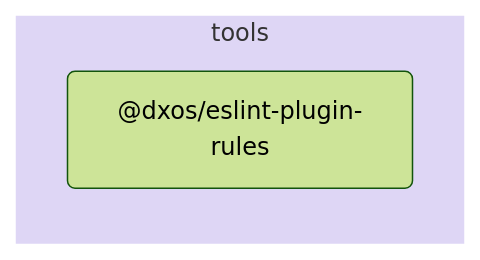
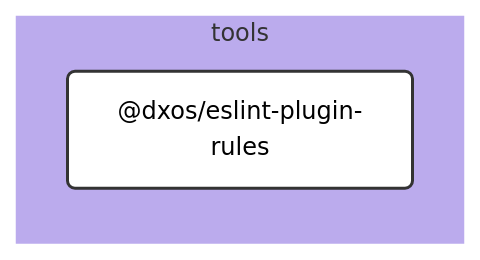
The diagram in tools/eslint-rules/docs/README.md (dxos/dxos), drawn with Mermaid (forest theme) before and after one commit. The commit also changed other lines of this file and 109 other files, not shown here.

````diff
--- a/tools/eslint-rules/docs/README.md
+++ b/tools/eslint-rules/docs/README.md
@@ -5,9 +7,25 @@
 ```mermaid
-flowchart LR;
+%%{ init: {'flowchart':{'curve':'basis'}} }%%
 
+flowchart LR
+
+%% Links
+
+%% Sections
 subgraph tools
-  style tools fill:#ded6f5,stroke:#fff;
-  dxos/eslint-plugin-rules("@dxos/eslint-plugin-rules");
+  style tools fill:#bbabed,stroke:#fff;
+
+  dxos/eslint-plugin-rules("@dxos/eslint-plugin-rules")
 end
 
+
+%% Hyperlinks
+
+%% Styles
+classDef rootNode fill:#fff,stroke:#333,stroke-width:2px
+classDef defaultNode fill:#fff,stroke:#333,stroke-width:1px
+linkStyle default stroke:#333,stroke-width:1px
+
+dxos/eslint-plugin-rules:::rootNode
+
 ```
````
